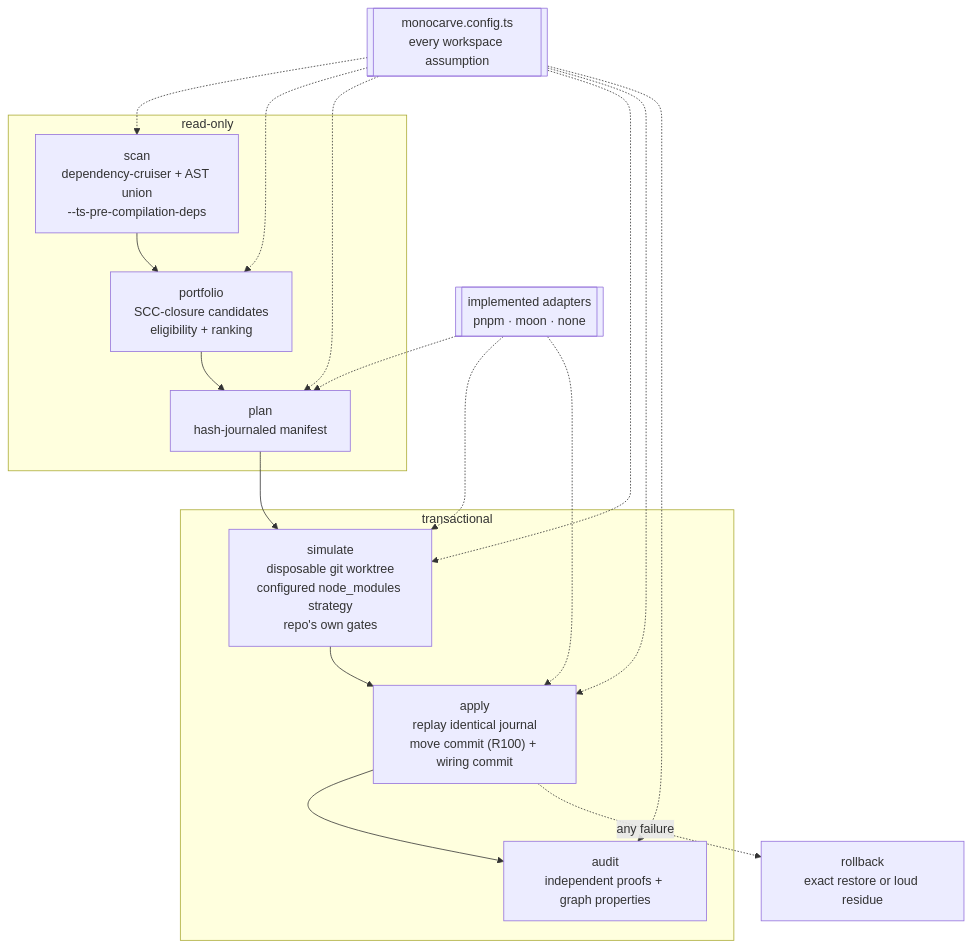
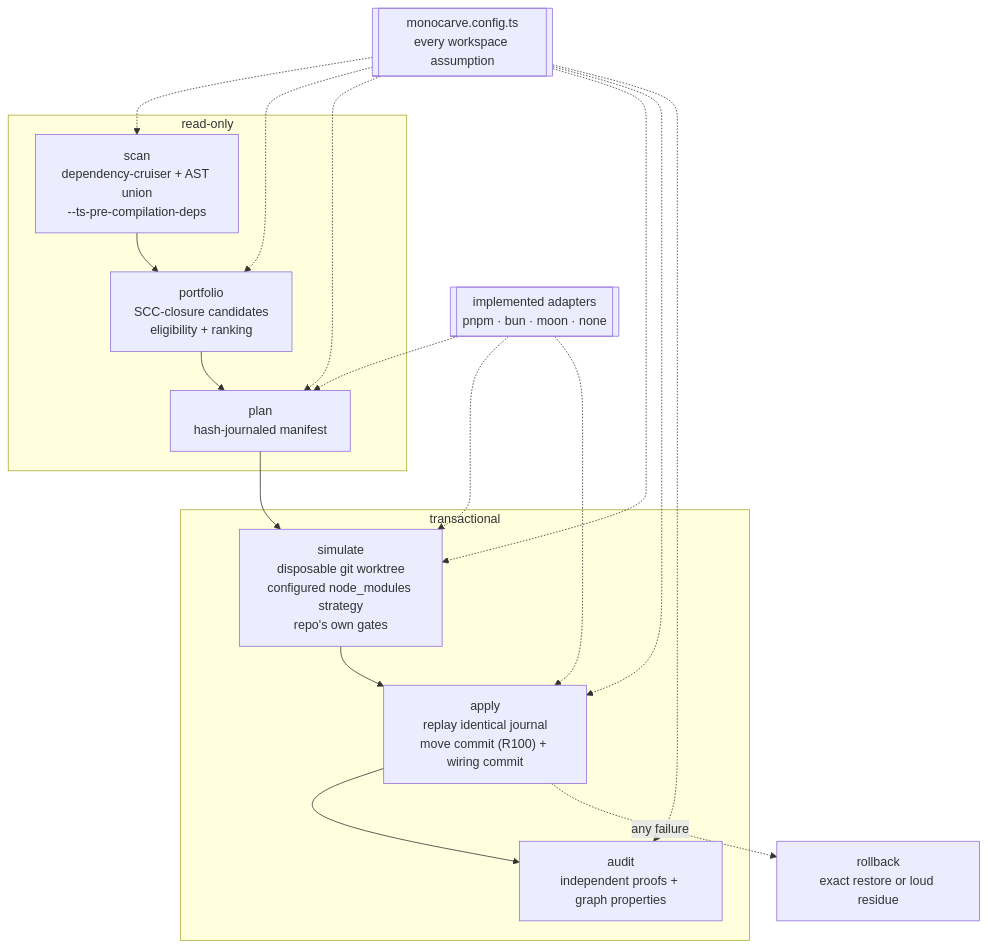
The diagram in README.md (gabrielbryk/monocarve), drawn with Mermaid before and after one commit. The commit also changed other lines of this file and 41 other files, not shown here.

First line of the commit message:
feat(adapters): implement the bun package-manager adapter

````diff
--- a/README.md
+++ b/README.md
@@ -74,22 +74,22 @@
 ```mermaid
 flowchart TD
     subgraph read["read-only"]
         SCAN["scan<br/>dependency-cruiser + AST union<br/>--ts-pre-compilation-deps"]
         PORT["portfolio<br/>SCC-closure candidates<br/>eligibility + ranking"]
         PLAN["plan<br/>hash-journaled manifest"]
     end
 
     subgraph write["transactional"]
         SIM["simulate<br/>disposable git worktree<br/>configured node_modules strategy<br/>repo's own gates"]
         APPLY["apply<br/>replay identical journal<br/>move commit (R100) + wiring commit"]
         AUDIT["audit<br/>independent proofs + graph properties"]
     end
 
     CFG[["monocarve.config.ts<br/>every workspace assumption"]]
-    ADPT[["implemented adapters<br/>pnpm · moon · none"]]
+    ADPT[["implemented adapters<br/>pnpm · bun · moon · none"]]
 
     SCAN --> PORT --> PLAN --> SIM --> APPLY --> AUDIT
     APPLY -. "any failure" .-> RB["rollback<br/>exact restore or loud residue"]
     CFG -.-> SCAN & PORT & PLAN & SIM & APPLY & AUDIT
     ADPT -.-> PLAN & SIM & APPLY
 ```
````
